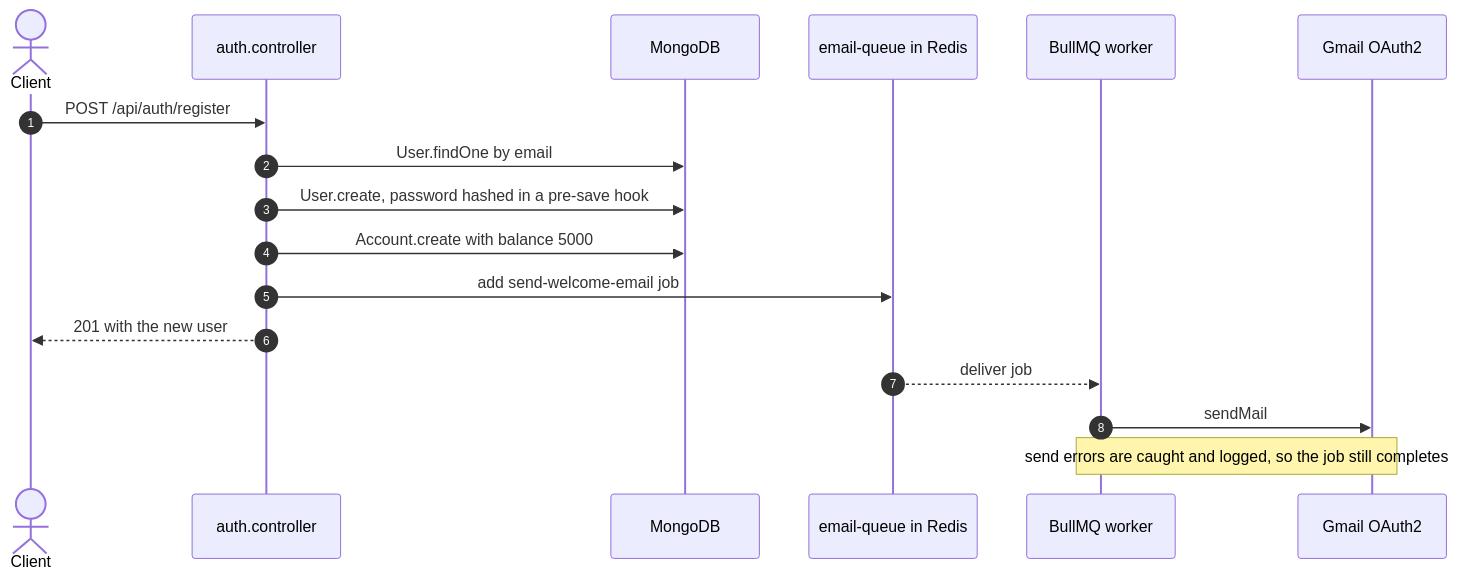
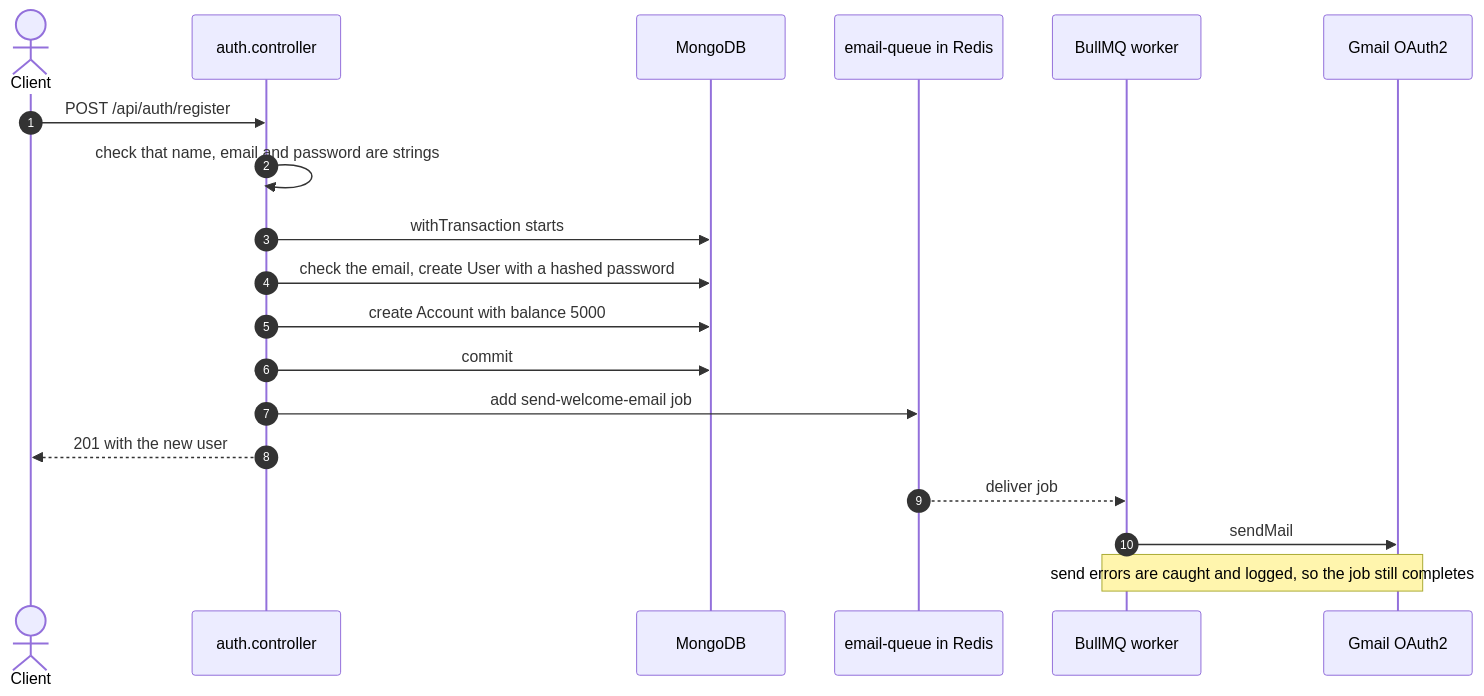
One commit to Satish-011/Backend-ledger changed the fourth of 4 diagrams in README.md. Above: the diagram before and after it, drawn with Mermaid. The commit also changed other lines of this file, not shown here.

````diff
--- a/README.md
+++ b/README.md
@@ -155,20 +173,22 @@
 ```mermaid
 sequenceDiagram
     autonumber
     actor Client
     participant AC as auth.controller
     participant M as MongoDB
     participant Q as email-queue in Redis
     participant W as BullMQ worker
     participant G as Gmail OAuth2
 
     Client->>AC: POST /api/auth/register
-    AC->>M: User.findOne by email
-    AC->>M: User.create, password hashed in a pre-save hook
-    AC->>M: Account.create with balance 5000
+    AC->>AC: check that name, email and password are strings
+    AC->>M: withTransaction starts
+    AC->>M: check the email, create User with a hashed password
+    AC->>M: create Account with balance 5000
+    AC->>M: commit
     AC->>Q: add send-welcome-email job
     AC-->>Client: 201 with the new user
     Q-->>W: deliver job
     W->>G: sendMail
     Note over W,G: send errors are caught and logged, so the job still completes
 ```
````
